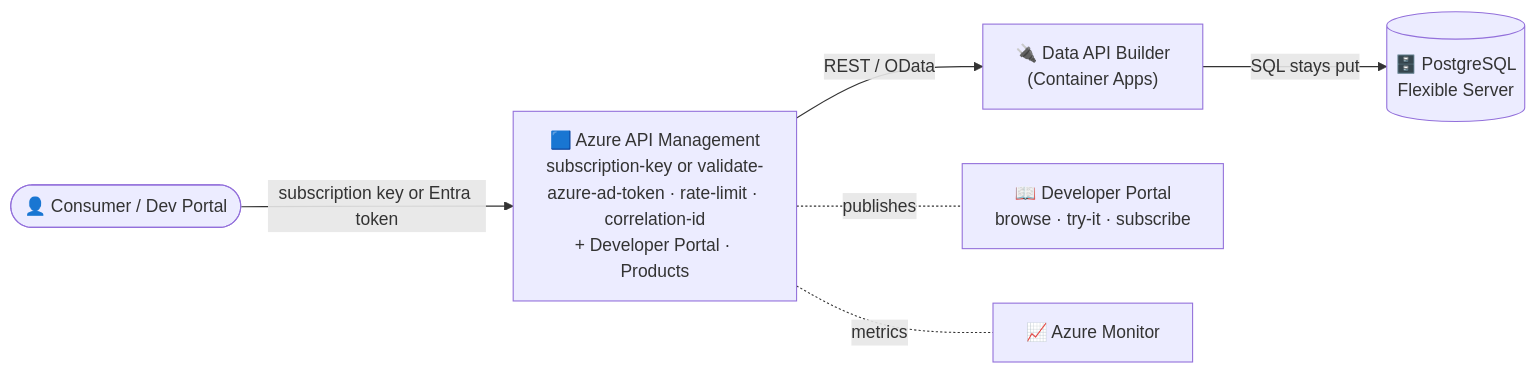
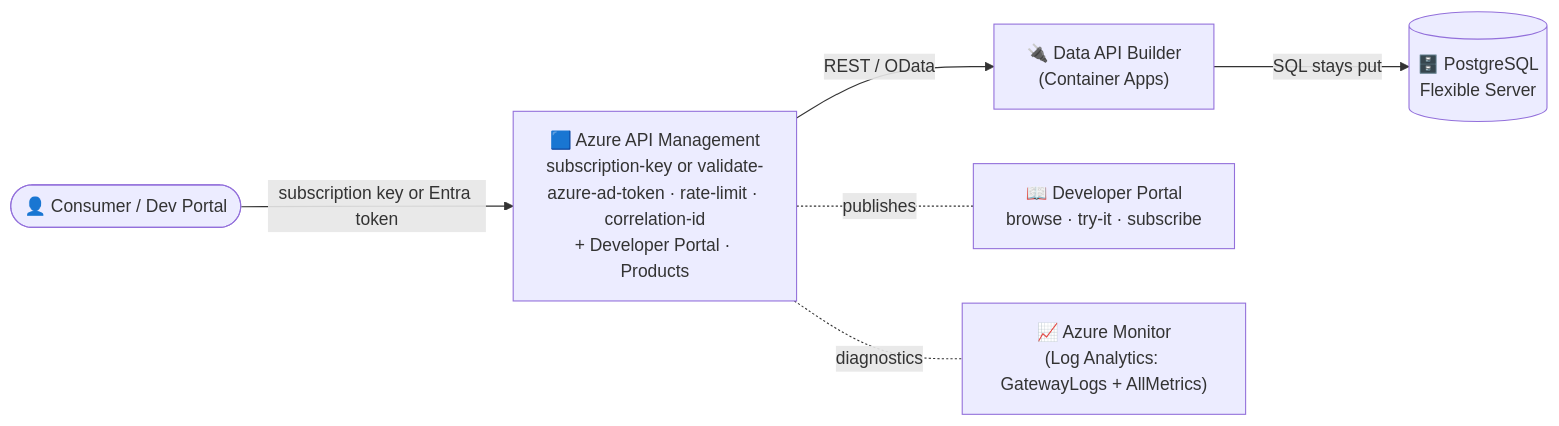
One commit to fgarofalo56/nasa-api-first-poc changed the diagram in docs/APIM-EDITION.md. Above: the diagram before and after it, drawn with Mermaid. The commit also changed other lines of this file and 40 other files, not shown here.

````diff
--- a/docs/APIM-EDITION.md
+++ b/docs/APIM-EDITION.md
@@ -41,8 +99,8 @@
 ```mermaid
 flowchart LR
     User(["👤 Consumer / Dev Portal"]) -->|subscription key or Entra token| APIM["🟦 Azure API Management<br/>subscription-key or validate-azure-ad-token · rate-limit · correlation-id<br/>+ Developer Portal · Products"]
     APIM -->|REST / OData| DAB["🔌 Data API Builder<br/>(Container Apps)"]
     DAB -->|SQL stays put| PG[("🗄️ PostgreSQL<br/>Flexible Server")]
     APIM -. publishes .- PORTAL["📖 Developer Portal<br/>browse · try-it · subscribe"]
-    APIM -. metrics .- MON["📈 Azure Monitor"]
+    APIM -. diagnostics .- MON["📈 Azure Monitor<br/>(Log Analytics: GatewayLogs + AllMetrics)"]
 ```
````
